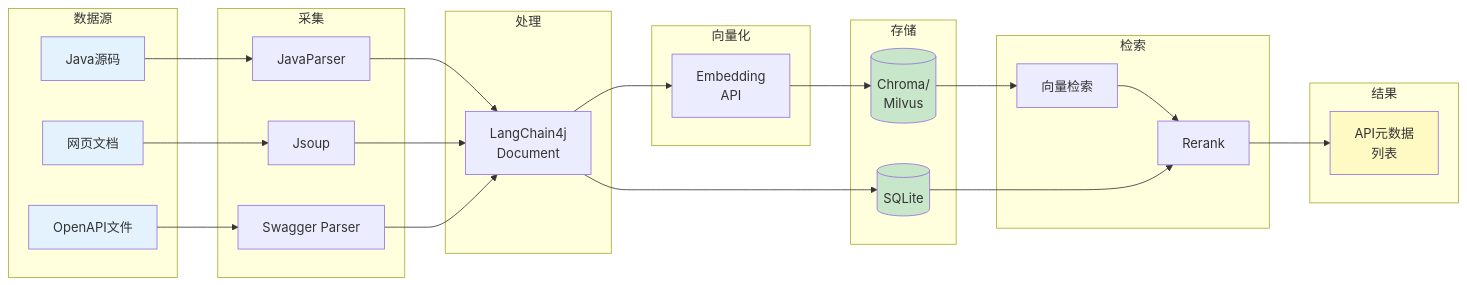
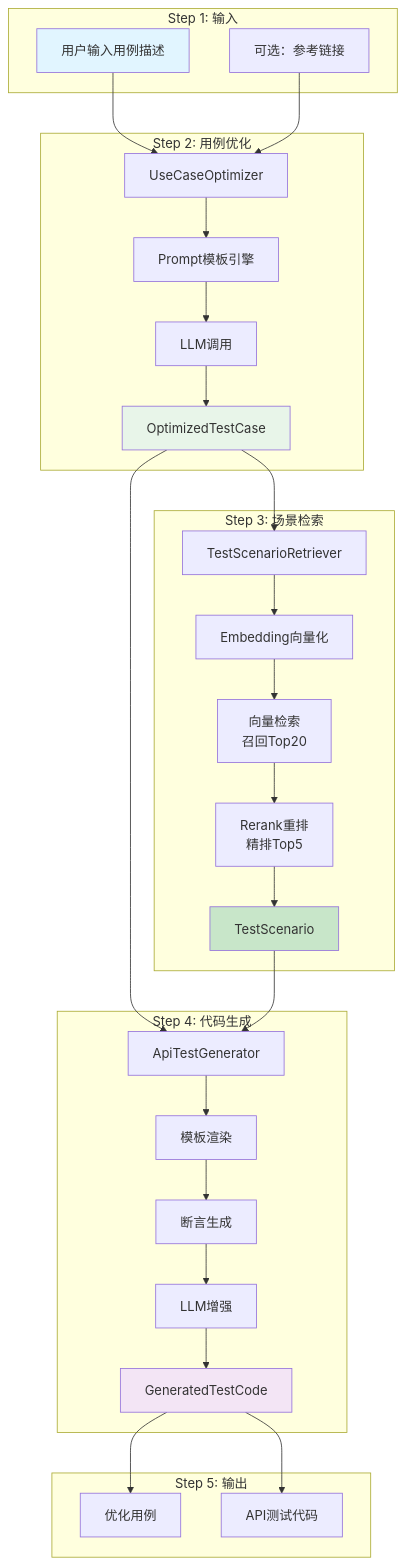
The second of 7 diagrams in docs/ARCHITECTURE.md (GuIIWen/ascend_cloud_agent), drawn with Mermaid before and after one commit. The commit also changed other lines of this file and 39 other files, not shown here.

````diff
--- a/docs/ARCHITECTURE.md
+++ b/docs/ARCHITECTURE.md
@@ -78,60 +110,62 @@
 ```mermaid
-flowchart LR
-    subgraph "数据源"
-        A1[Java源码]
-        A2[网页文档]
-        A3[OpenAPI文件]
+flowchart TB
+    subgraph "Step 1: 输入"
+        A1[用户输入用例描述]
+        A2[可选：参考链接]
     end
 
-    subgraph "采集"
-        B1[JavaParser]
-        B2[Jsoup]
-        B3[Swagger Parser]
+    subgraph "Step 2: 用例优化"
+        B1[UseCaseOptimizer]
+        B2[Prompt模板引擎]
+        B3[LLM调用]
+        B4[OptimizedTestCase]
     end
 
-    subgraph "处理"
-        C[LangChain4j<br/>Document]
+    subgraph "Step 3: 场景检索"
+        C1[TestScenarioRetriever]
+        C2[Embedding向量化]
+        C3[向量检索<br/>召回Top20]
+        C4[Rerank重排<br/>精排Top5]
+        C5[TestScenario]
     end
 
-    subgraph "向量化"
-        D[Embedding<br/>API]
+    subgraph "Step 4: 代码生成"
+        D1[ApiTestGenerator]
+        D2[模板渲染]
+        D3[断言生成]
+        D4[LLM增强]
+        D5[GeneratedTestCode]
     end
 
-    subgraph "存储"
-        E1[(Chroma/<br/>Milvus)]
-        E2[(SQLite)]
-    end
-
-    subgraph "检索"
-        F1[向量检索]
-        F2[Rerank]
-    end
-
-    subgraph "结果"
-        G[API元数据<br/>列表]
+    subgraph "Step 5: 输出"
+        E1[优化用例]
+        E2[API测试代码]
     end
 
     A1 --> B1
-    A2 --> B2
-    A3 --> B3
+    A2 --> B1
+    B1 --> B2
+    B2 --> B3
+    B3 --> B4
 
-    B1 --> C
-    B2 --> C
-    B3 --> C
+    B4 --> C1
+    C1 --> C2
+    C2 --> C3
+    C3 --> C4
+    C4 --> C5
 
-    C --> D
-    D --> E1
-    C --> E2
+    B4 --> D1
+    C5 --> D1
+    D1 --> D2
+    D2 --> D3
+    D3 --> D4
+    D4 --> D5
 
-    E1 --> F1
-    F1 --> F2
-    E2 --> F2
-    F2 --> G
+    D5 --> E1
+    D5 --> E2
 
-    style A1 fill:#e3f2fd
-    style A2 fill:#e3f2fd
-    style A3 fill:#e3f2fd
-    style E1 fill:#c8e6c9
-    style E2 fill:#c8e6c9
-    style G fill:#fff9c4
+    style A1 fill:#e1f5ff
+    style B4 fill:#e8f5e9
+    style C5 fill:#c8e6c9
+    style D5 fill:#f3e5f5
 ```
````
